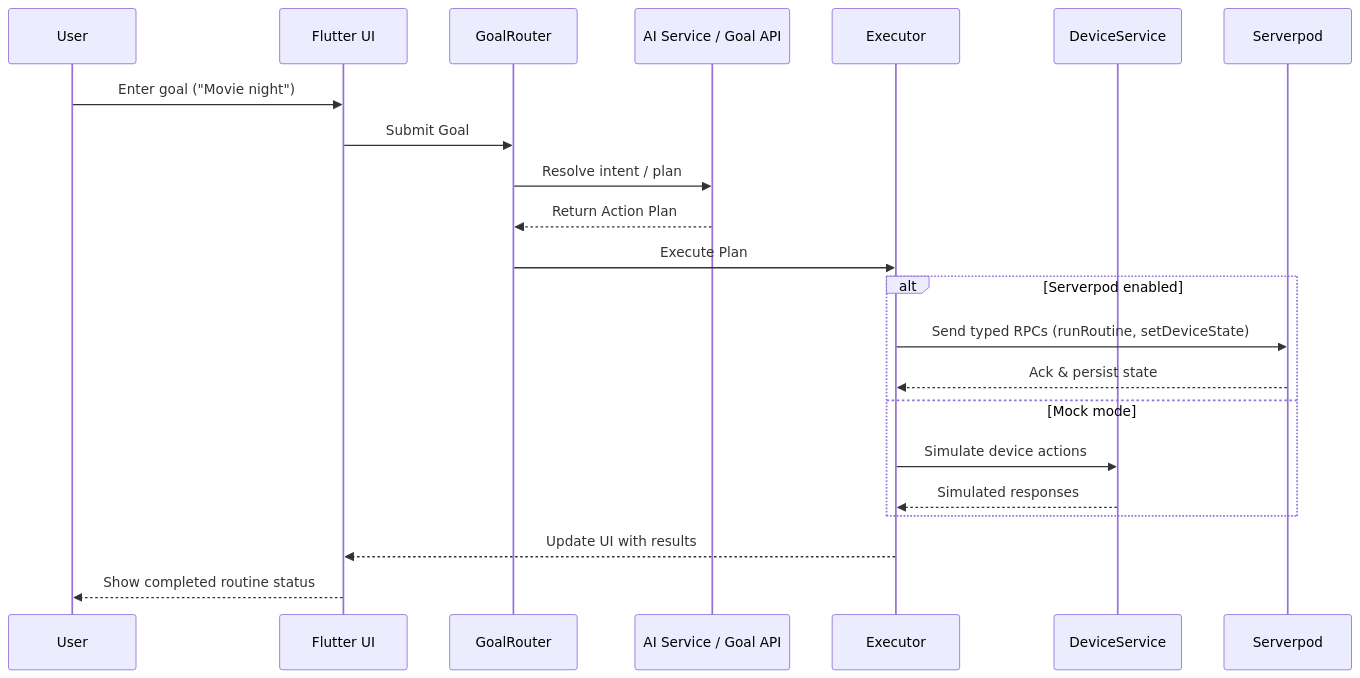
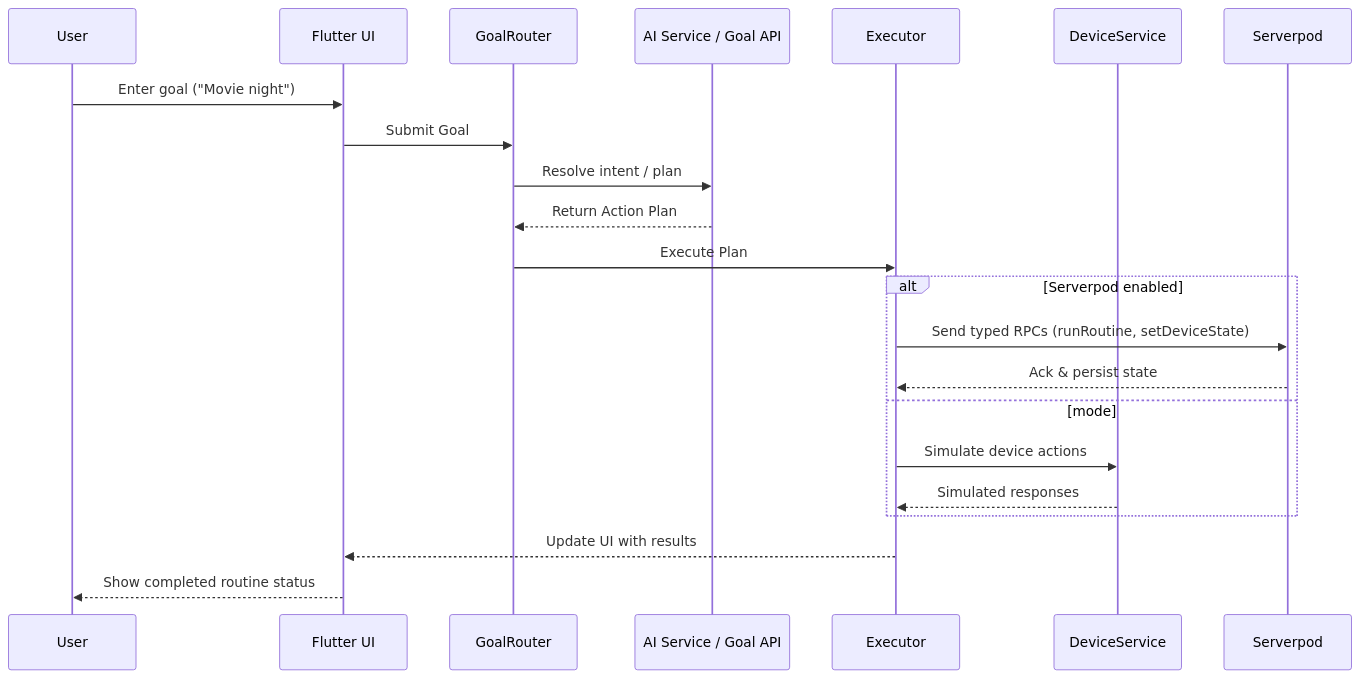
The sixth of 7 diagrams in README.md (lucylow/flutter-butler-aura), drawn with Mermaid before and after one commit. The commit also changed other lines of this file, not shown here.

````diff
--- a/README.md
+++ b/README.md
@@ -371,25 +371,25 @@
 ```mermaid
 sequenceDiagram
   participant U as User
   participant UI as Flutter UI
   participant GR as GoalRouter
   participant AI as AI Service / Goal API
   participant EX as Executor
   participant DS as DeviceService
   participant SP as Serverpod
 
   U->>UI: Enter goal ("Movie night")
   UI->>GR: Submit Goal
   GR->>AI: Resolve intent / plan
   AI-->>GR: Return Action Plan
   GR->>EX: Execute Plan
   alt Serverpod enabled
     EX->>SP: Send typed RPCs (runRoutine, setDeviceState)
     SP-->>EX: Ack & persist state
-  else Mock mode
+  else  mode
     EX->>DS: Simulate device actions
     DS-->>EX: Simulated responses
   end
   EX-->>UI: Update UI with results
   UI-->>U: Show completed routine status
 ```
````
